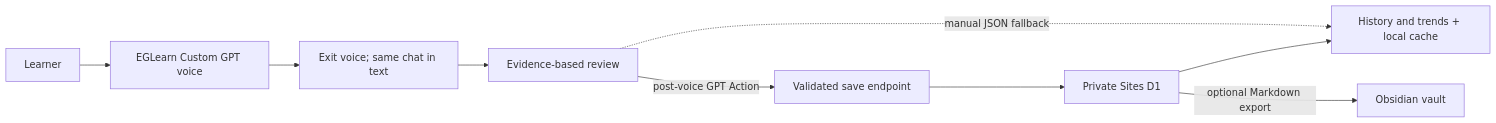
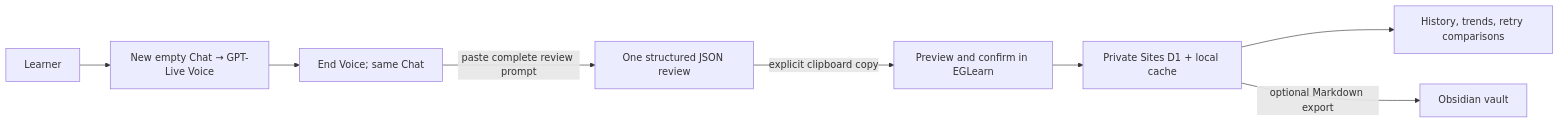
The diagram in docs/ARCHITECTURE.md (snozzz/eglearn), drawn with Mermaid before and after one commit. The commit also changed other lines of this file and 17 other files, not shown here.

Commit message:
feat: add Chat GPT-Live practice flow

````diff
--- a/docs/ARCHITECTURE.md
+++ b/docs/ARCHITECTURE.md
@@ -7,11 +7,10 @@
 ```mermaid
 flowchart LR
-  U["Learner"] --> V["EGLearn Custom GPT voice"]
-  V --> T["Exit voice; same chat in text"]
-  T --> R["Evidence-based review"]
-  R -->|"post-voice GPT Action"| A["Validated save endpoint"]
-  A --> D["Private Sites D1"]
-  D --> H["History and trends + local cache"]
-  R -. "manual JSON fallback" .-> H
+  U["Learner"] --> V["New empty Chat → GPT-Live Voice"]
+  V --> T["End Voice; same Chat"]
+  T -->|"paste complete review prompt"| R["One structured JSON review"]
+  R -->|"explicit clipboard copy"| P["Preview and confirm in EGLearn"]
+  P --> D["Private Sites D1 + local cache"]
+  D --> H["History, trends, retry comparisons"]
   D -->|"optional Markdown export"| O["Obsidian vault"]
 ```
````
